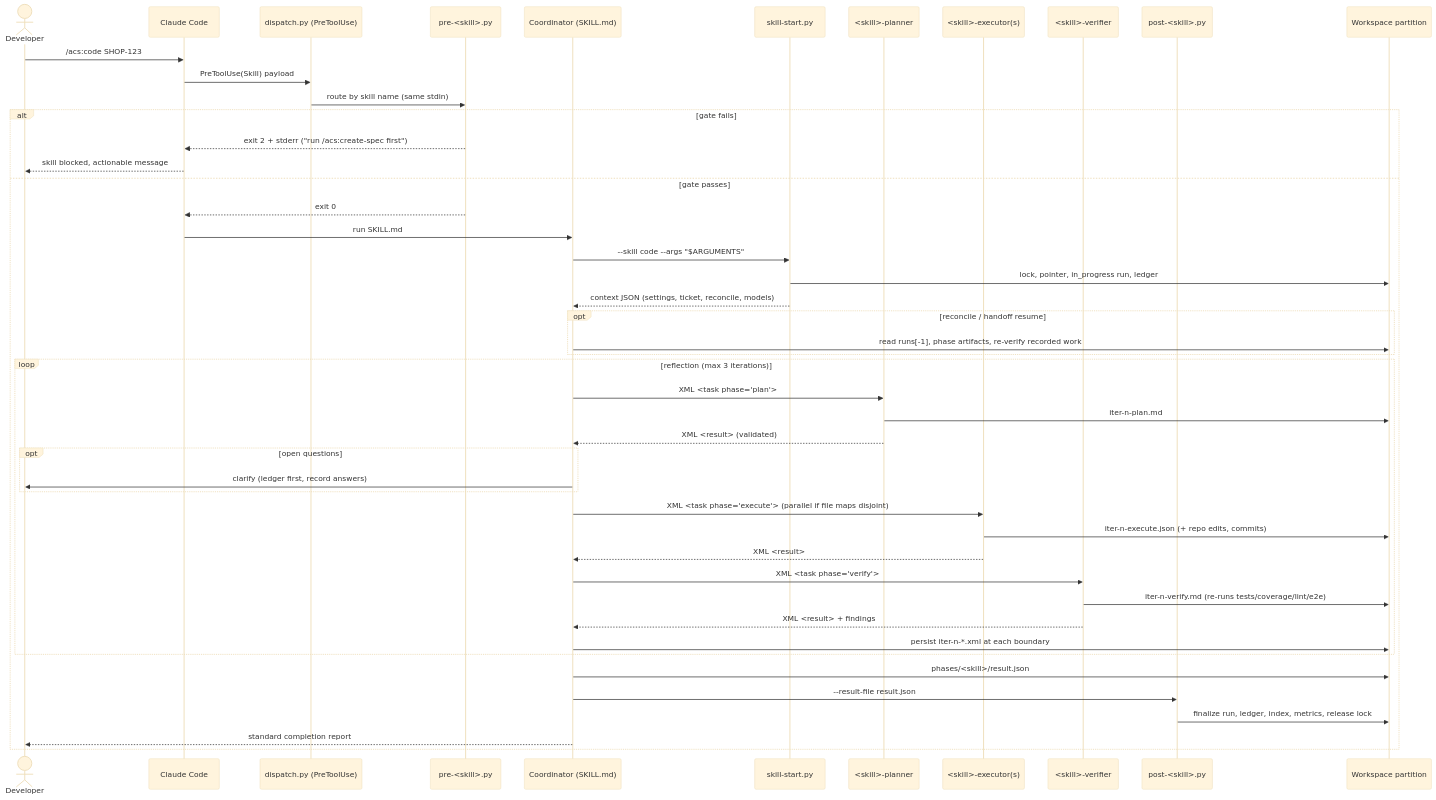
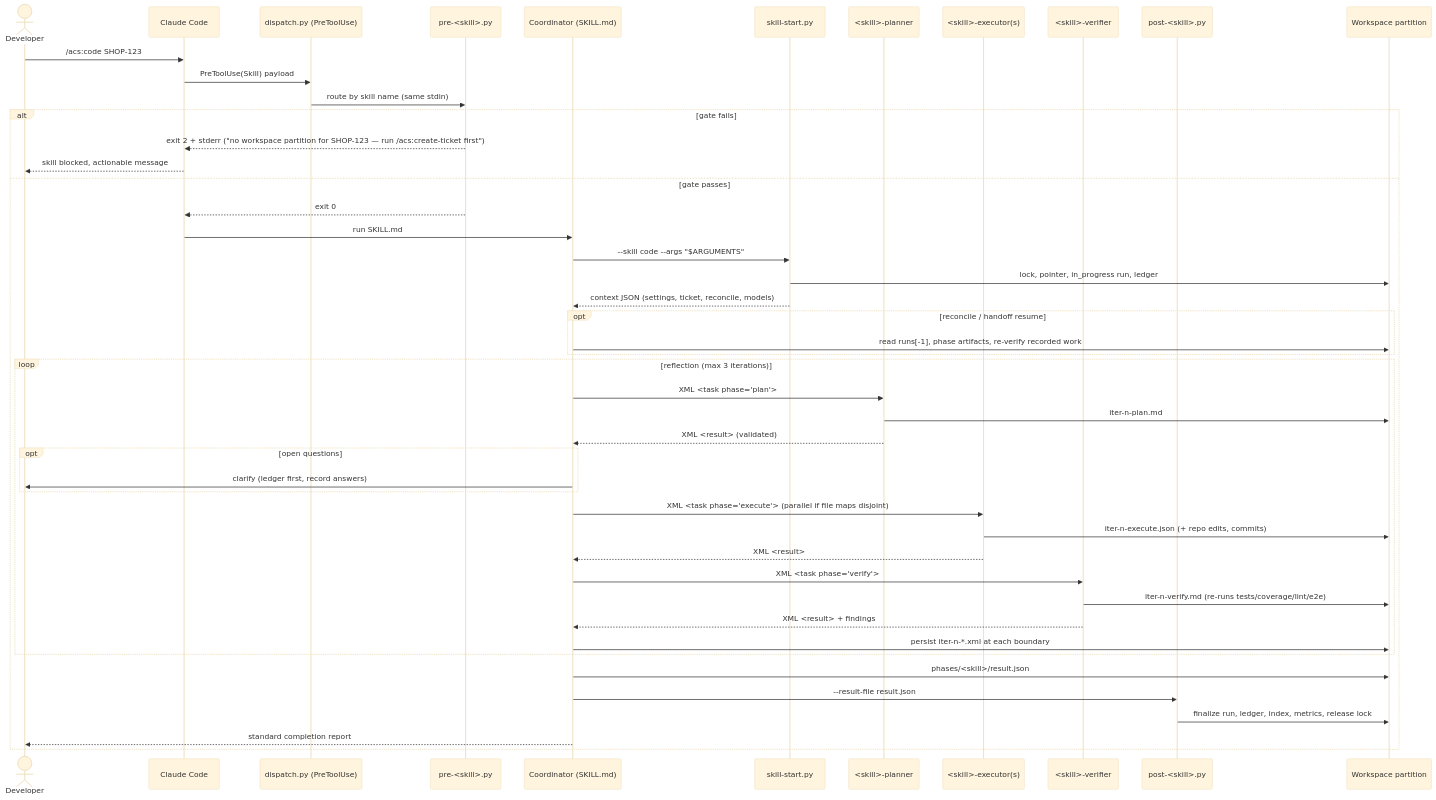
The diagram in docs/architecture/lld/flows/hook-gated-skill-run.md (globalmindsolution/gms-marketplace), drawn with Mermaid (base theme) before and after one commit. The commit also changed other lines of this file and 31 other files, not shown here.

Commit message:
[#299] Doc-set reference cleanup: remove stale create-spec mentions repo-wide (#306)

````diff
--- a/docs/architecture/lld/flows/hook-gated-skill-run.md
+++ b/docs/architecture/lld/flows/hook-gated-skill-run.md
@@ -18,50 +18,50 @@
 ```mermaid
 sequenceDiagram
     actor Dev as Developer
     participant CC as Claude Code
     participant D as dispatch.py (PreToolUse)
     participant PRE as pre-<skill>.py
     participant CO as Coordinator (SKILL.md)
     participant SS as skill-start.py
     participant PL as <skill>-planner
     participant EX as <skill>-executor(s)
     participant VF as <skill>-verifier
     participant POST as post-<skill>.py
     participant WS as Workspace partition
 
     Dev->>CC: /acs:code SHOP-123
     CC->>D: PreToolUse(Skill) payload
     D->>PRE: route by skill name (same stdin)
     alt gate fails
-        PRE-->>CC: exit 2 + stderr ("run /acs:create-spec first")
+        PRE-->>CC: exit 2 + stderr ("no workspace partition for SHOP-123 — run /acs:create-ticket first")
         CC-->>Dev: skill blocked, actionable message
     else gate passes
         PRE-->>CC: exit 0
         CC->>CO: run SKILL.md
         CO->>SS: --skill code --args "$ARGUMENTS"
         SS->>WS: lock, pointer, in_progress run, ledger
         SS-->>CO: context JSON (settings, ticket, reconcile, models)
         opt reconcile / handoff resume
             CO->>WS: read runs[-1], phase artifacts, re-verify recorded work
         end
         loop reflection (max 3 iterations)
             CO->>PL: XML <task phase="plan">
             PL->>WS: iter-n-plan.md
             PL-->>CO: XML <result> (validated)
             opt open questions
                 CO->>Dev: clarify (ledger first, record answers)
             end
             CO->>EX: XML <task phase="execute"> (parallel if file maps disjoint)
             EX->>WS: iter-n-execute.json (+ repo edits, commits)
             EX-->>CO: XML <result>
             CO->>VF: XML <task phase="verify">
             VF->>WS: iter-n-verify.md (re-runs tests/coverage/lint/e2e)
             VF-->>CO: XML <result> + findings
             CO->>WS: persist iter-n-*.xml at each boundary
         end
         CO->>WS: phases/<skill>/result.json
         CO->>POST: --result-file result.json
         POST->>WS: finalize run, ledger, index, metrics, release lock
         CO-->>Dev: standard completion report
     end
 ```
````
